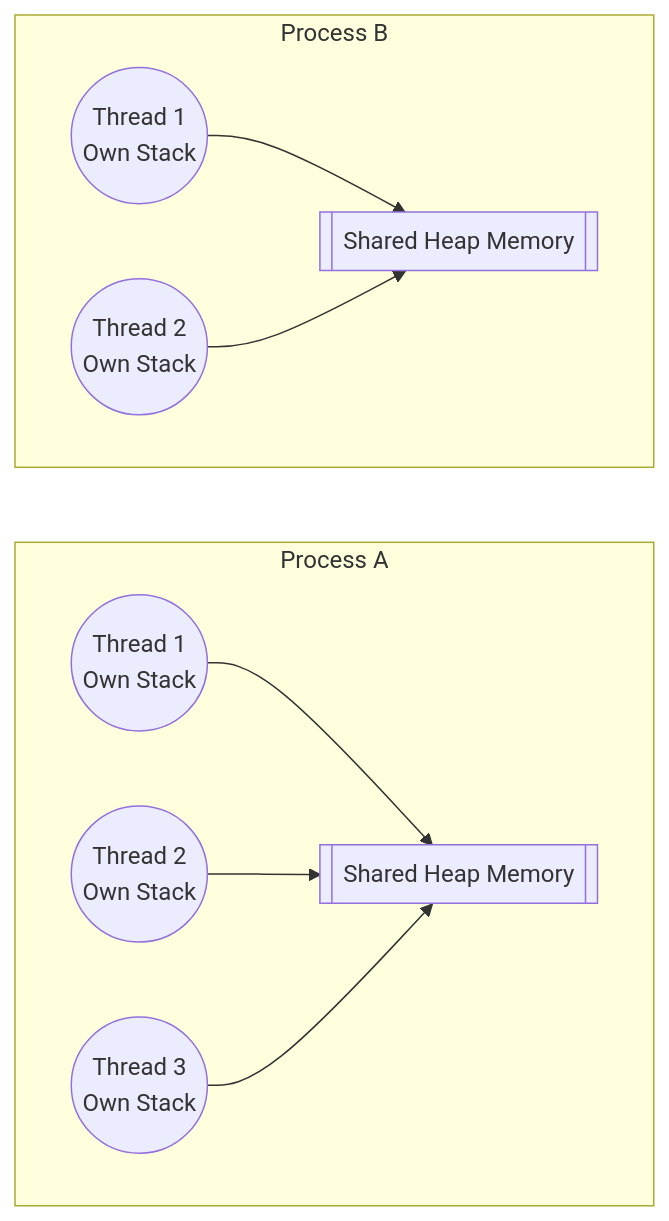
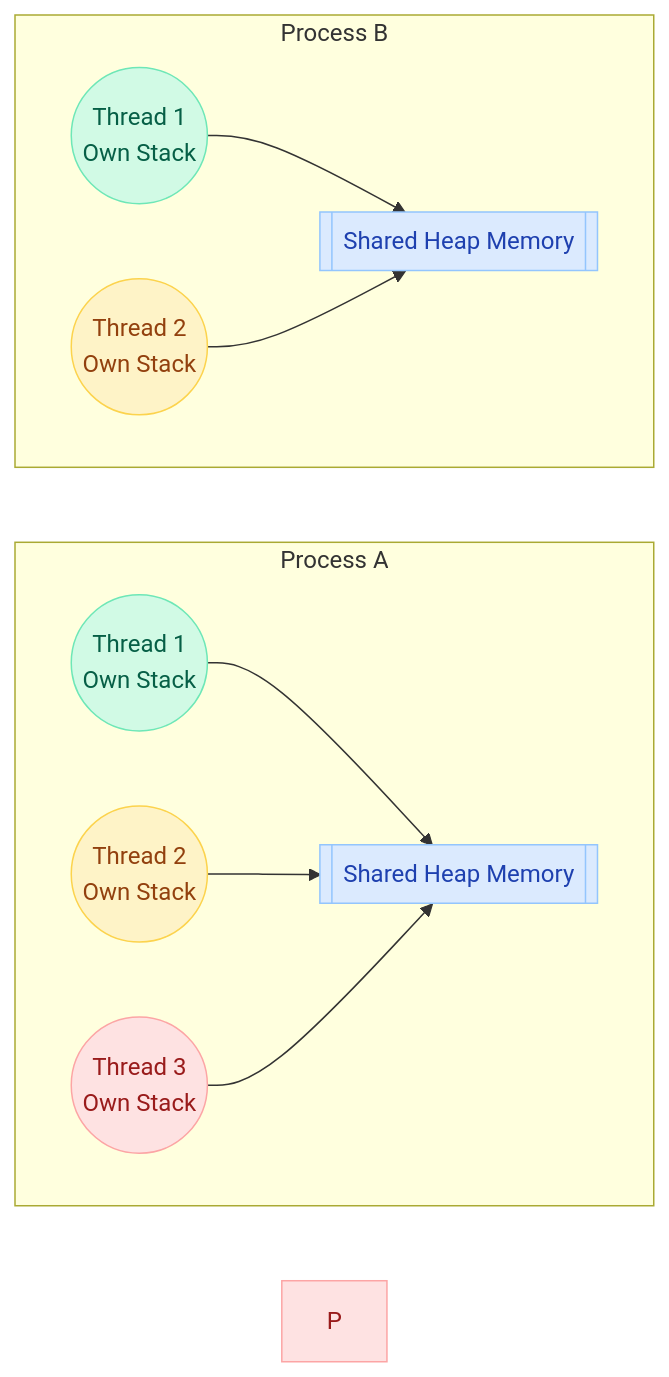
Before and after one commit to saivamsikaruturi/vamsilabs-dev-notes-main: the first of 9 diagrams in docs/java/MultiThreading.md, drawn with Mermaid. The commit also changed other lines of this file and 220 other files, not shown here.

First line of the commit message:
Add 50+ new Java/Spring Boot pages, rewrite CSS code blocks to Oracle style, fix all diagram colors

````diff
--- a/docs/java/MultiThreading.md
+++ b/docs/java/MultiThreading.md
@@ -11,21 +11,30 @@
 ```mermaid
 flowchart LR
     subgraph Process A
         direction LR
         A_HEAP[["Shared Heap Memory"]]
         A_T1(("Thread 1<br/>Own Stack"))
         A_T2(("Thread 2<br/>Own Stack"))
         A_T3(("Thread 3<br/>Own Stack"))
         A_T1 --> A_HEAP
         A_T2 --> A_HEAP
         A_T3 --> A_HEAP
     end
     subgraph Process B
         direction LR
         B_HEAP[["Shared Heap Memory"]]
         B_T1(("Thread 1<br/>Own Stack"))
         B_T2(("Thread 2<br/>Own Stack"))
         B_T1 --> B_HEAP
         B_T2 --> B_HEAP
     end
+
+    style A_HEAP fill:#DBEAFE,stroke:#93C5FD,color:#1E40AF
+    style A_T1 fill:#D1FAE5,stroke:#6EE7B7,color:#065F46
+    style A_T2 fill:#FEF3C7,stroke:#FCD34D,color:#92400E
+    style A_T3 fill:#FEE2E2,stroke:#FCA5A5,color:#991B1B
+    style B_HEAP fill:#DBEAFE,stroke:#93C5FD,color:#1E40AF
+    style B_T1 fill:#D1FAE5,stroke:#6EE7B7,color:#065F46
+    style B_T2 fill:#FEF3C7,stroke:#FCD34D,color:#92400E
+    style P fill:#FEE2E2,stroke:#FCA5A5,color:#991B1B
 ```
````
